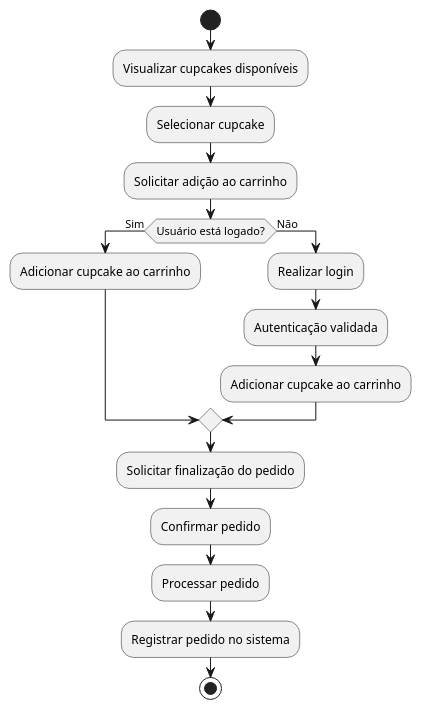
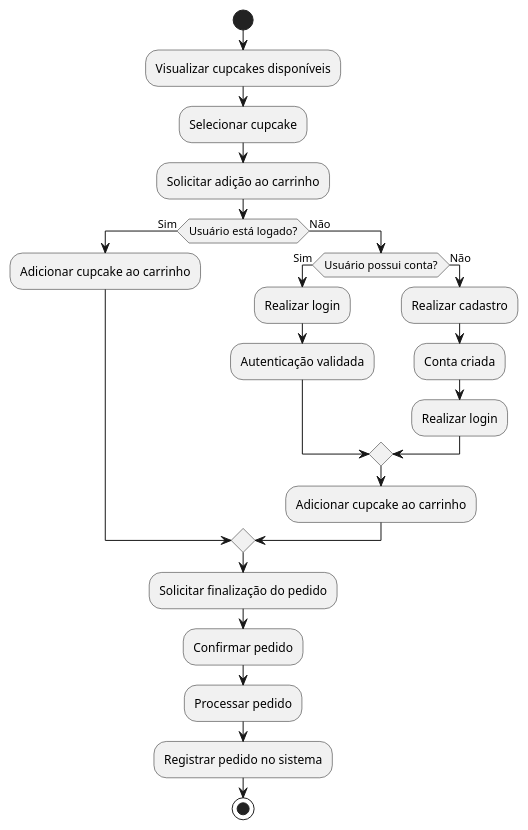
Before and after one commit to HeloisaFelizardo/CupcakeStore: the first of 2 diagrams in docs/uml/activity-diagram.puml, drawn with PlantUML. The commit also changed 4 other files, not shown here.

Commit message:
docs: Mapa conceitual, mapa navegacional, Atualização do diagrama de atividades e README

```diff
--- a/docs/uml/activity-diagram.puml
+++ b/docs/uml/activity-diagram.puml
@@ -1,29 +1,36 @@
 @startuml Cliente
 
 start
 
 :Visualizar cupcakes disponíveis;
 :Selecionar cupcake;
 :Solicitar adição ao carrinho;
 
 if (Usuário está logado?) then (Sim)
 
     :Adicionar cupcake ao carrinho;
 
 else (Não)
 
-    :Realizar login;
-    :Autenticação validada;
+    if (Usuário possui conta?) then (Sim)
+        :Realizar login;
+        :Autenticação validada;
+    else (Não)
+        :Realizar cadastro;
+        :Conta criada;
+        :Realizar login;
+    endif
+
     :Adicionar cupcake ao carrinho;
 
 endif
 
 :Solicitar finalização do pedido;
 :Confirmar pedido;
 
 :Processar pedido;
 :Registrar pedido no sistema;
 
 stop
 
 @enduml
```
